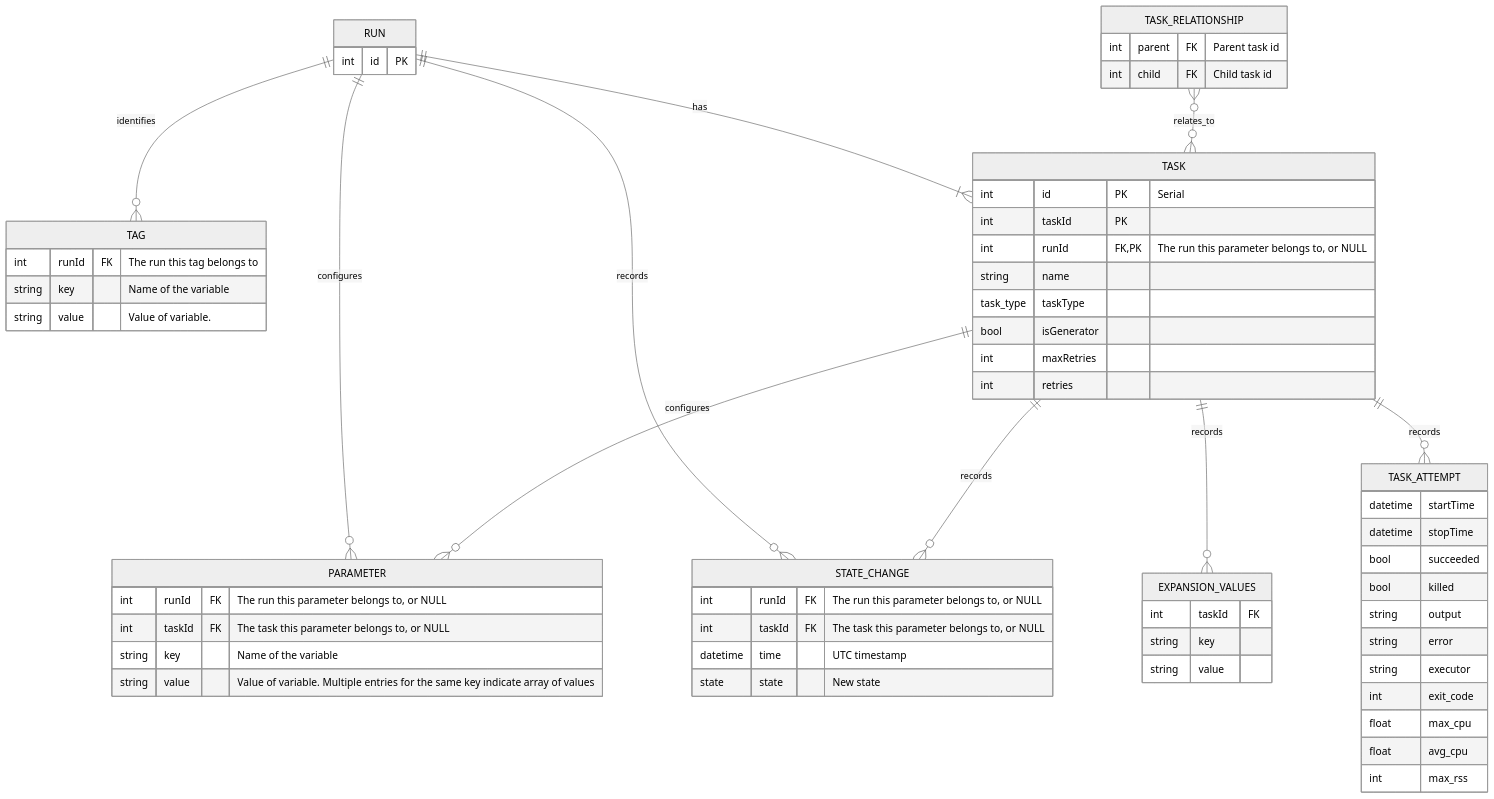
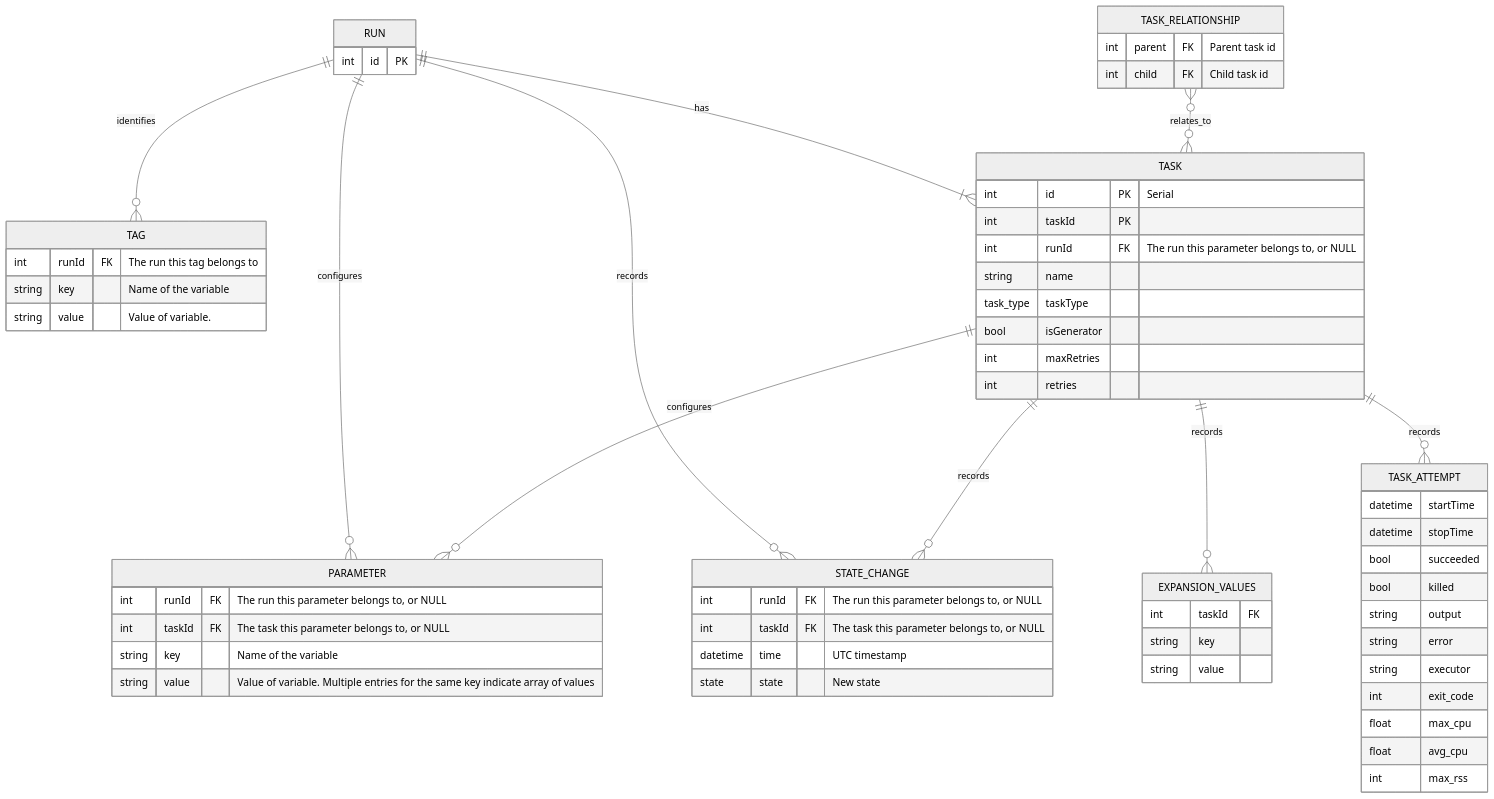
The diagram in migrations/README.md (kinesin-ca/daggyr), drawn with Mermaid (neutral theme) before and after one commit.

Commit message:
mermaid changes

````diff
--- a/migrations/README.md
+++ b/migrations/README.md
@@ -1,64 +1,64 @@
 ```mermaid
 erDiagram
 	RUN ||--o{ TAG : identifies
 	RUN {
 		int id PK
 	}
 	TAG {
 		int runId FK "The run this tag belongs to"
 		string key "Name of the variable"
 		string value "Value of variable."
 	}
 	RUN ||--o{ PARAMETER : configures
 	PARAMETER {
 		int runId	FK "The run this parameter belongs to, or NULL"
 		int taskId FK "The task this parameter belongs to, or NULL"
 		string key "Name of the variable"
 		string value "Value of variable. Multiple entries for the same key indicate array of values"
 	}
 	RUN ||--o{ STATE_CHANGE : records
 	STATE_CHANGE {
 		int runId	FK "The run this parameter belongs to, or NULL"
 		int taskId FK "The task this parameter belongs to, or NULL"
 		datetime time "UTC timestamp"
 		state state "New state"
 	}
 	RUN ||--|{ TASK : has
 	TASK {
 		int id PK "Serial"
 		int taskId PK
-		int runId	FK,PK "The run this parameter belongs to, or NULL"
+		int runId	FK "The run this parameter belongs to, or NULL"
 		string name
 		task_type taskType
 		bool isGenerator
 		int maxRetries
 		int retries
 	}
 	TASK_RELATIONSHIP }o--o{ TASK : relates_to
 	TASK_RELATIONSHIP {
 		int parent	FK "Parent task id"
 		int child	FK "Child task id"
 	}
 	TASK ||--o{ PARAMETER : configures
 	TASK ||--o{ STATE_CHANGE : records
 	TASK ||--o{ EXPANSION_VALUES : records
 	EXPANSION_VALUES {
 		int taskId FK
 		string key
 		string value
 	}
 	TASK ||--o{ TASK_ATTEMPT : records
 	TASK_ATTEMPT {
 		datetime startTime
 		datetime stopTime
 		bool succeeded
 		bool killed
 		string output
 		string error
 		string executor
 		int exit_code
 		float max_cpu
 		float avg_cpu
 		int max_rss
 	}
 ```
````
